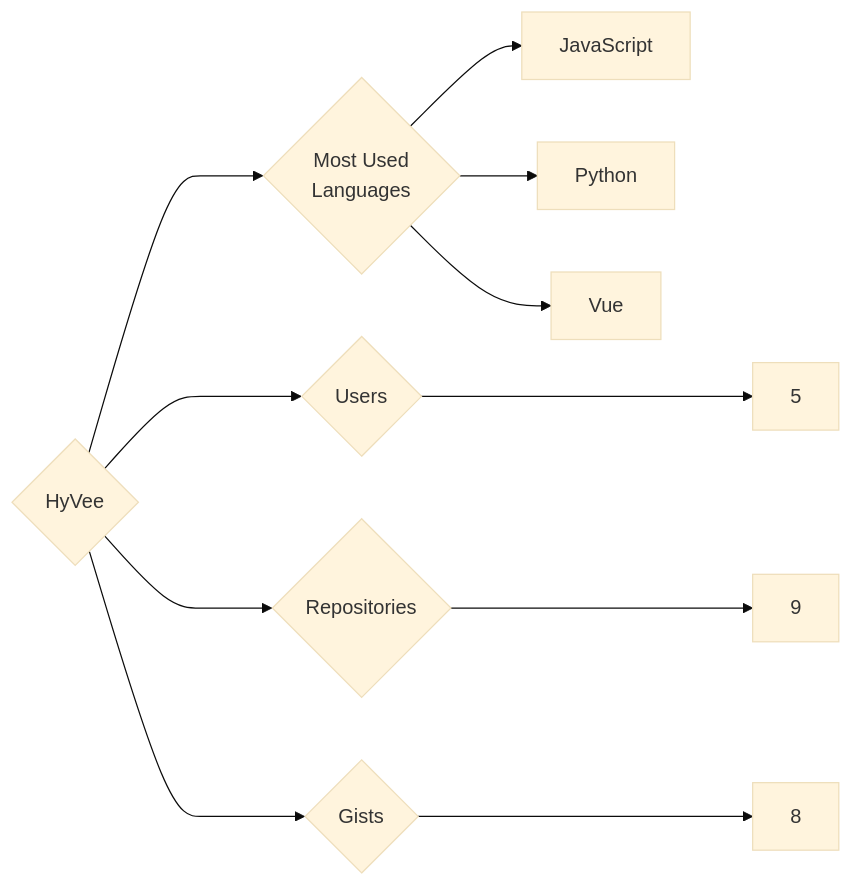
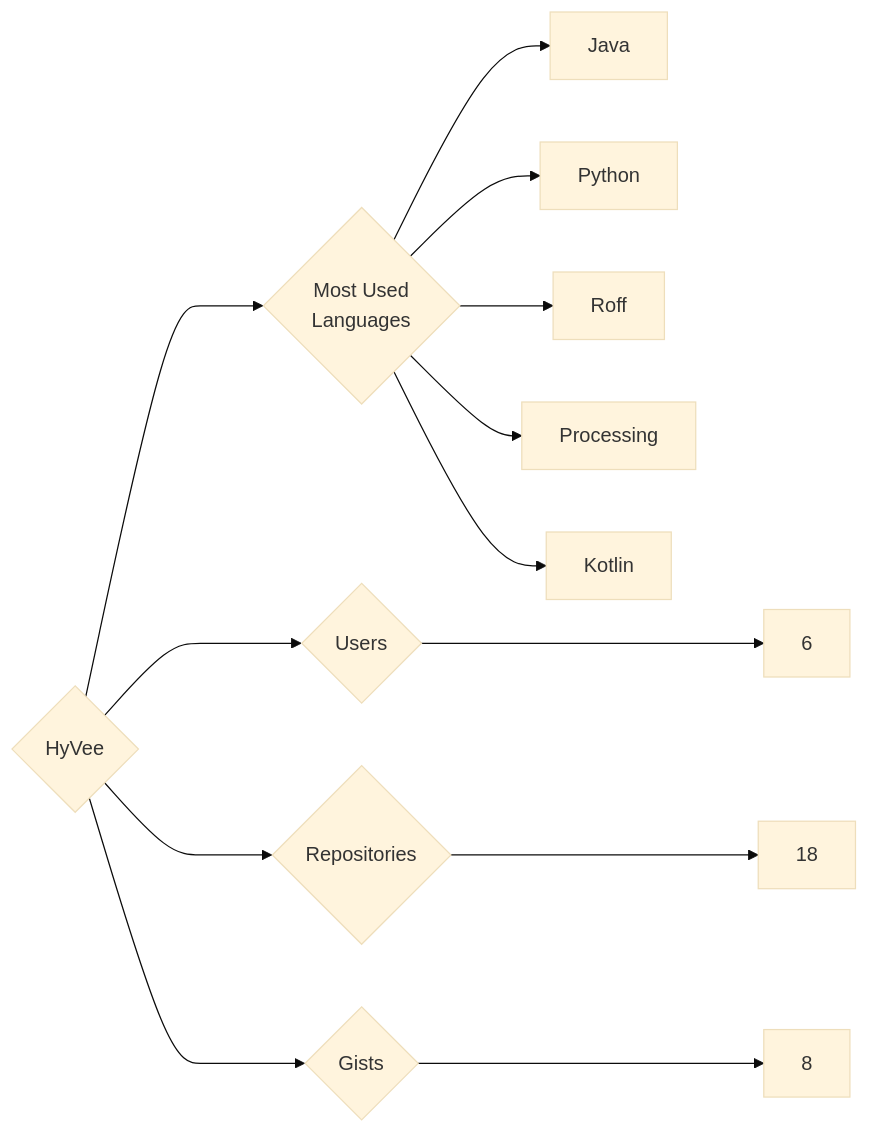
Before and after one commit to trickest/insiders: the diagram in targets/HyVee/README.md, drawn with Mermaid (base theme). The commit also changed 682 other files, not shown here.

````diff
--- a/targets/HyVee/README.md
+++ b/targets/HyVee/README.md
@@ -3,11 +3,13 @@
 ```mermaid
 graph LR
 COMPANY_NAME{HyVee}
-COMPANY_NAME ---> U{Users} ---> UN[5]
-COMPANY_NAME ---> R{Repositories} ---> RN[9]
+COMPANY_NAME ---> U{Users} ---> UN[6]
+COMPANY_NAME ---> R{Repositories} ---> RN[18]
 COMPANY_NAME ---> G{Gists} ---> GN[8]
 COMPANY_NAME ---> ML{Most Used<br>Languages}
-ML --> JavaScript[JavaScript]
+ML --> Java[Java]
 ML --> Python[Python]
-ML --> Vue[Vue]
+ML --> Roff[Roff]
+ML --> Processing[Processing]
+ML --> Kotlin[Kotlin]
 ```
````
